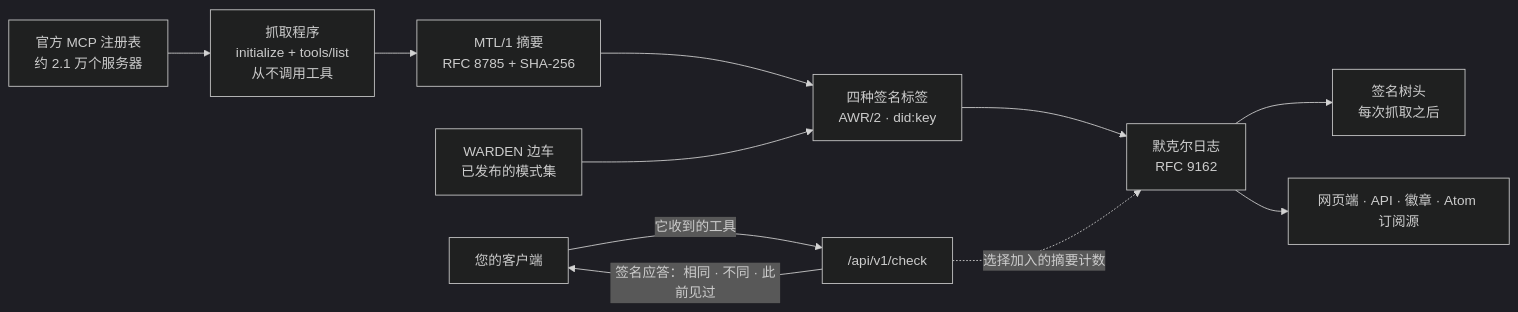
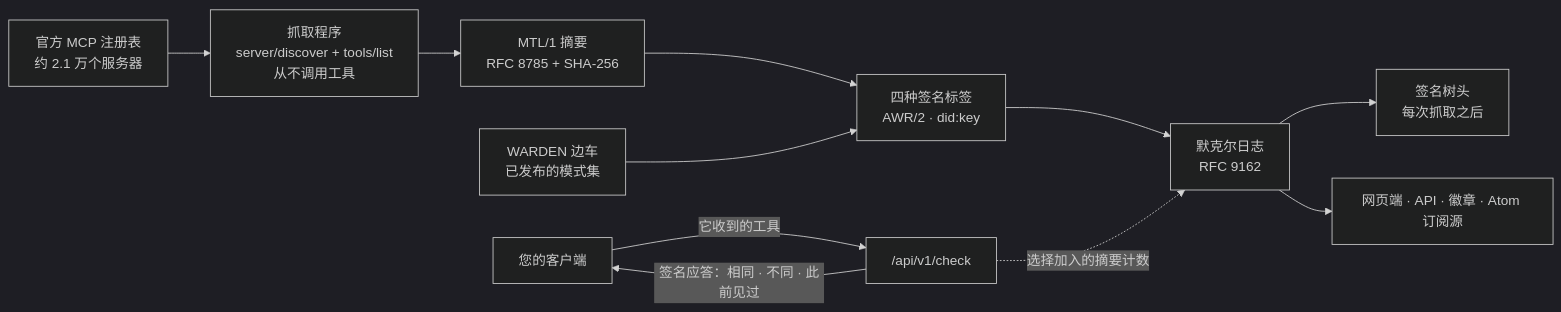
One commit to alexar76/histor changed the diagram in README.zh.md. Above: the diagram before and after it, drawn with Mermaid (dark theme). The commit also changed other lines of this file and 78 other files, not shown here.

````diff
--- a/README.zh.md
+++ b/README.zh.md
@@ -49,13 +49,13 @@
 ```mermaid
 flowchart LR
-    R["官方 MCP 注册表<br/>约 2.1 万个服务器"] --> C["抓取程序<br/>initialize + tools/list<br/>从不调用工具"]
+    R["官方 MCP 注册表<br/>约 2.1 万个服务器"] --> C["抓取程序<br/>server/discover + tools/list<br/>从不调用工具"]
     C --> D["MTL/1 摘要<br/>RFC 8785 + SHA-256"]
     D --> L["四种签名标签<br/>AWR/2 · did:key"]
     W["WARDEN 边车<br/>已发布的模式集"] --> L
     L --> M["默克尔日志<br/>RFC 9162"]
     M --> S["签名树头<br/>每次抓取之后"]
     M --> API["网页端 · API · 徽章 · Atom 订阅源"]
     CL["您的客户端"] -- "它收到的工具" --> K["/api/v1/check"]
     K -- "签名应答：相同 · 不同 · 此前见过" --> CL
     K -. "选择加入的摘要计数" .-> M
 ```
````
